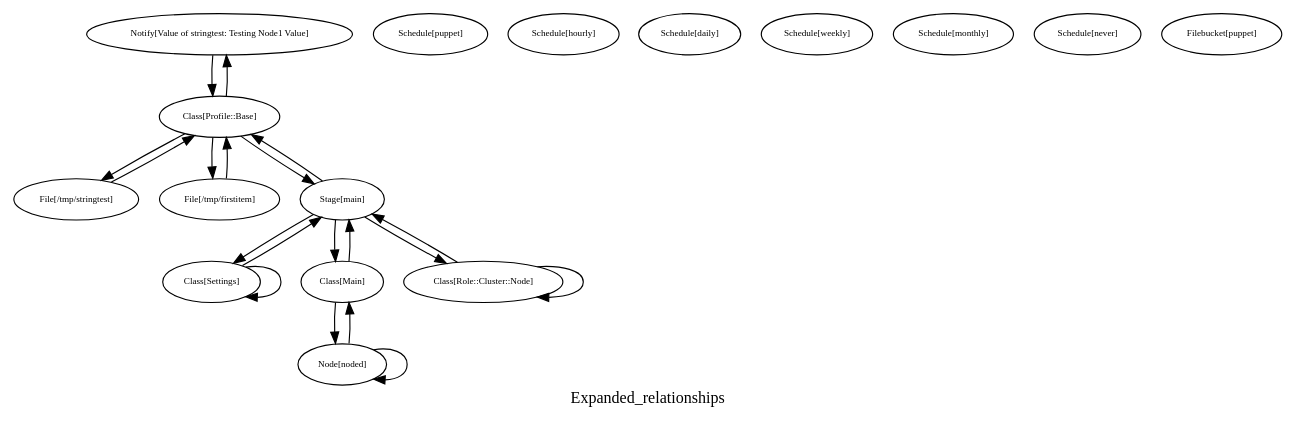
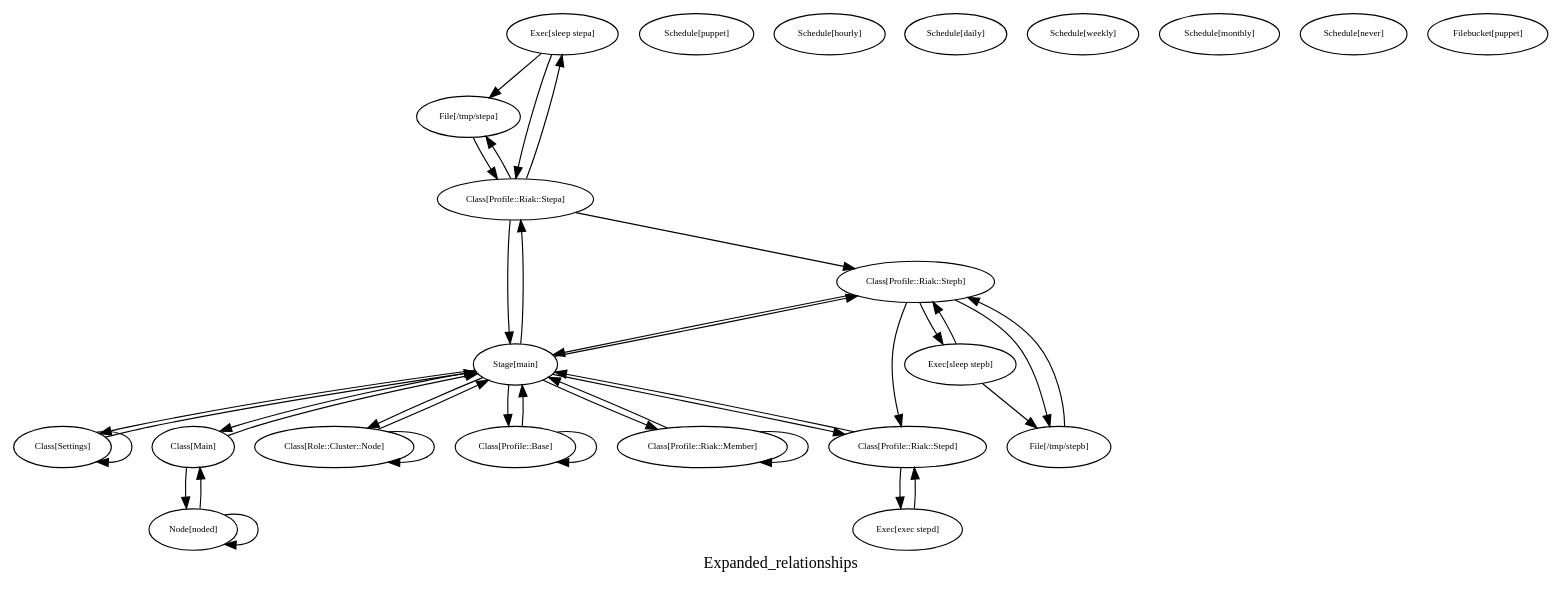
One commit to glickbot/riak-cs-puppet-vagrant changed the diagram in puppet/graphs/node1/expanded_relationships.dot. Above: the diagram before and after it, drawn with Graphviz. The commit also changed 20 other files, not shown here.

```diff
--- a/puppet/graphs/node1/expanded_relationships.dot
+++ b/puppet/graphs/node1/expanded_relationships.dot
@@ -1,18 +1,28 @@
 digraph Expanded_relationships {
     label = "Expanded_relationships"
-    "Notify[Value of stringtest: Testing Node1 Value]" [
+    "Exec[sleep stepa]" [
         fontsize = 8,
-        label = "Notify[Value of stringtest: Testing Node1 Value]"
+        label = "Exec[sleep stepa]"
     ]
 
-    "File[/tmp/stringtest]" [
+    "File[/tmp/stepa]" [
         fontsize = 8,
-        label = "File[/tmp/stringtest]"
+        label = "File[/tmp/stepa]"
     ]
 
-    "File[/tmp/firstitem]" [
+    "Exec[sleep stepb]" [
         fontsize = 8,
-        label = "File[/tmp/firstitem]"
+        label = "Exec[sleep stepb]"
+    ]
+
+    "File[/tmp/stepb]" [
+        fontsize = 8,
+        label = "File[/tmp/stepb]"
+    ]
+
+    "Exec[exec stepd]" [
+        fontsize = 8,
+        label = "Exec[exec stepd]"
     ]
 
     "Schedule[puppet]" [
@@ -100,6 +110,46 @@
         label = "Class[Profile::Base]"
     ]
 
+    "Class[Profile::Riak::Member]" [
+        fontsize = 8,
+        label = "Class[Profile::Riak::Member]"
+    ]
+
+    "Class[Profile::Riak::Member]" [
+        fontsize = 8,
+        label = "Class[Profile::Riak::Member]"
+    ]
+
+    "Class[Profile::Riak::Stepa]" [
+        fontsize = 8,
+        label = "Class[Profile::Riak::Stepa]"
+    ]
+
+    "Class[Profile::Riak::Stepa]" [
+        fontsize = 8,
+        label = "Class[Profile::Riak::Stepa]"
+    ]
+
+    "Class[Profile::Riak::Stepb]" [
+        fontsize = 8,
+        label = "Class[Profile::Riak::Stepb]"
+    ]
+
+    "Class[Profile::Riak::Stepb]" [
+        fontsize = 8,
+        label = "Class[Profile::Riak::Stepb]"
+    ]
+
+    "Class[Profile::Riak::Stepd]" [
+        fontsize = 8,
+        label = "Class[Profile::Riak::Stepd]"
+    ]
+
+    "Class[Profile::Riak::Stepd]" [
+        fontsize = 8,
+        label = "Class[Profile::Riak::Stepd]"
+    ]
+
     "Node[noded]" [
         fontsize = 8,
         label = "Node[noded]"
@@ -110,15 +160,31 @@
         label = "Node[noded]"
     ]
 
-    "Class[Profile::Base]" -> "Notify[Value of stringtest: Testing Node1 Value]" [
+    "Class[Profile::Riak::Stepa]" -> "Exec[sleep stepa]" [
         fontsize = 8
     ]
 
-    "Class[Profile::Base]" -> "File[/tmp/stringtest]" [
+    "Exec[sleep stepa]" -> "File[/tmp/stepa]" [
         fontsize = 8
     ]
 
-    "Class[Profile::Base]" -> "File[/tmp/firstitem]" [
+    "Class[Profile::Riak::Stepa]" -> "File[/tmp/stepa]" [
+        fontsize = 8
+    ]
+
+    "Class[Profile::Riak::Stepb]" -> "Exec[sleep stepb]" [
+        fontsize = 8
+    ]
+
+    "Exec[sleep stepb]" -> "File[/tmp/stepb]" [
+        fontsize = 8
+    ]
+
+    "Class[Profile::Riak::Stepb]" -> "File[/tmp/stepb]" [
+        fontsize = 8
+    ]
+
+    "Class[Profile::Riak::Stepd]" -> "Exec[exec stepd]" [
         fontsize = 8
     ]
 
@@ -146,6 +212,22 @@
         fontsize = 8
     ]
 
+    "Class[Profile::Riak::Member]" -> "Stage[main]" [
+        fontsize = 8
+    ]
+
+    "Class[Profile::Riak::Stepa]" -> "Stage[main]" [
+        fontsize = 8
+    ]
+
+    "Class[Profile::Riak::Stepb]" -> "Stage[main]" [
+        fontsize = 8
+    ]
+
+    "Class[Profile::Riak::Stepd]" -> "Stage[main]" [
+        fontsize = 8
+    ]
+
     "Stage[main]" -> "Class[Main]" [
         fontsize = 8
     ]
@@ -166,15 +248,55 @@
         fontsize = 8
     ]
 
-    "Notify[Value of stringtest: Testing Node1 Value]" -> "Class[Profile::Base]" [
+    "Class[Profile::Base]" -> "Class[Profile::Base]" [
         fontsize = 8
     ]
 
-    "File[/tmp/stringtest]" -> "Class[Profile::Base]" [
+    "Stage[main]" -> "Class[Profile::Riak::Member]" [
         fontsize = 8
     ]
 
-    "File[/tmp/firstitem]" -> "Class[Profile::Base]" [
+    "Class[Profile::Riak::Member]" -> "Class[Profile::Riak::Member]" [
+        fontsize = 8
+    ]
+
+    "Stage[main]" -> "Class[Profile::Riak::Stepa]" [
+        fontsize = 8
+    ]
+
+    "Exec[sleep stepa]" -> "Class[Profile::Riak::Stepa]" [
+        fontsize = 8
+    ]
+
+    "File[/tmp/stepa]" -> "Class[Profile::Riak::Stepa]" [
+        fontsize = 8
+    ]
+
+    "Stage[main]" -> "Class[Profile::Riak::Stepb]" [
+        fontsize = 8
+    ]
+
+    "Class[Profile::Riak::Stepa]" -> "Class[Profile::Riak::Stepb]" [
+        fontsize = 8
+    ]
+
+    "Exec[sleep stepb]" -> "Class[Profile::Riak::Stepb]" [
+        fontsize = 8
+    ]
+
+    "File[/tmp/stepb]" -> "Class[Profile::Riak::Stepb]" [
+        fontsize = 8
+    ]
+
+    "Stage[main]" -> "Class[Profile::Riak::Stepd]" [
+        fontsize = 8
+    ]
+
+    "Class[Profile::Riak::Stepb]" -> "Class[Profile::Riak::Stepd]" [
+        fontsize = 8
+    ]
+
+    "Exec[exec stepd]" -> "Class[Profile::Riak::Stepd]" [
         fontsize = 8
     ]
 
```
